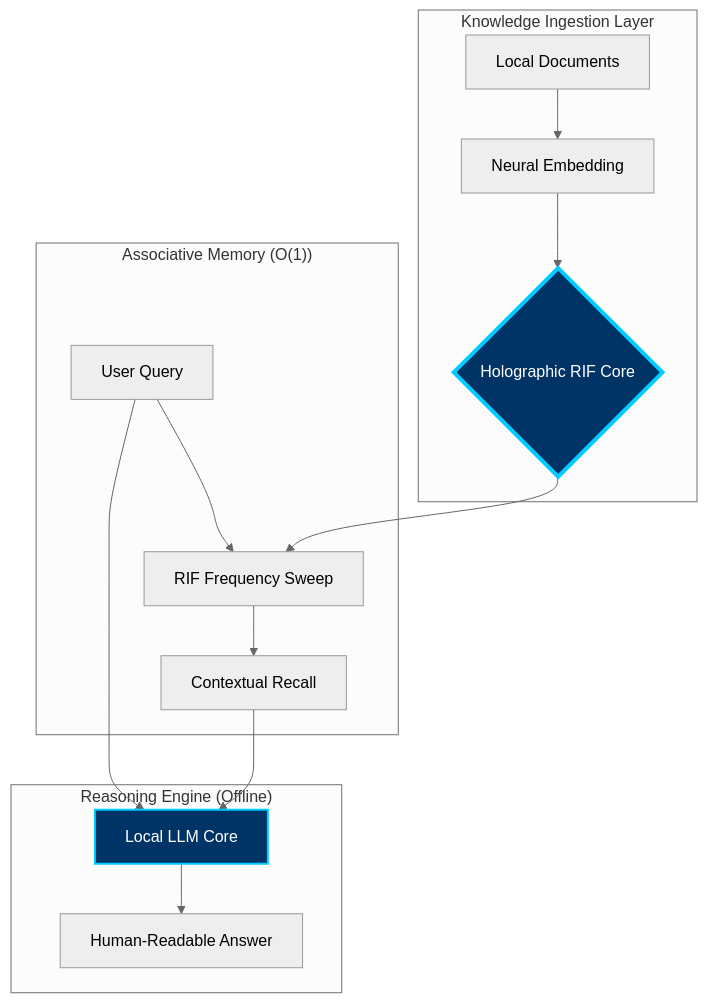
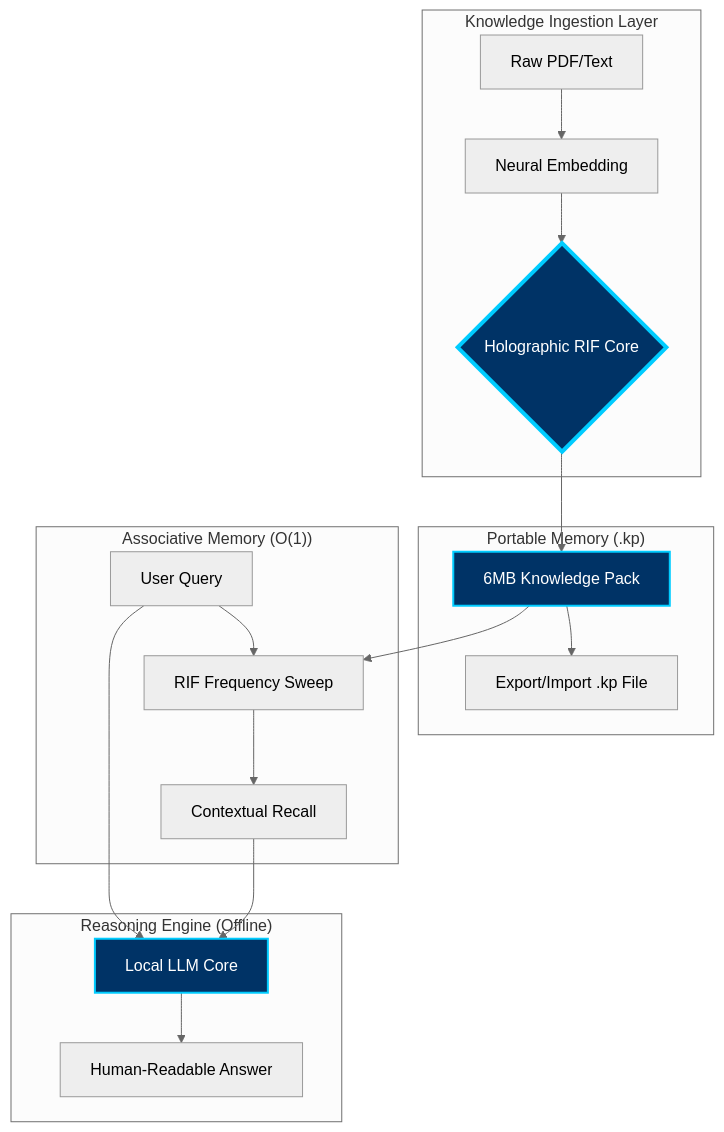
Before and after one commit to maduperera/Kalpana-Desktop: the diagram in README.md, drawn with Mermaid (neutral theme). The commit also changed other lines of this file, not shown here.

Commit message:
Updated README with 6MB/3M Token Specs and Portable Memory Diagram

````diff
--- a/README.md
+++ b/README.md
@@ -16,22 +16,28 @@
 ```mermaid
 graph TD
     subgraph "Knowledge Ingestion Layer"
-        A[Local Documents] --> B[Neural Embedding]
+        A[Raw PDF/Text] --> B[Neural Embedding]
         B --> C{Holographic RIF Core}
     end
 
+    subgraph "Portable Memory (.kp)"
+        C --> D["6MB Knowledge Pack"]
+        D --> E[Export/Import .kp File]
+    end
+
     subgraph "Associative Memory (O(1))"
-        D[User Query] --> E[RIF Frequency Sweep]
-        C --> E
-        E --> F[Contextual Recall]
+        F[User Query] --> G[RIF Frequency Sweep]
+        D --> G
+        G --> H[Contextual Recall]
     end
 
     subgraph "Reasoning Engine (Offline)"
-        F --> G[Local LLM Core]
-        D --> G
-        G --> H[Human-Readable Answer]
+        H --> I[Local LLM Core]
+        F --> I
+        I --> J[Human-Readable Answer]
     end
 
     style C fill:#003366,stroke:#00ccff,stroke-width:4px,color:#fff
-    style G fill:#003366,stroke:#00ccff,stroke-width:2px,color:#fff
+    style D fill:#003366,stroke:#00ccff,stroke-width:2px,color:#fff
+    style I fill:#003366,stroke:#00ccff,stroke-width:2px,color:#fff
 ```
````
